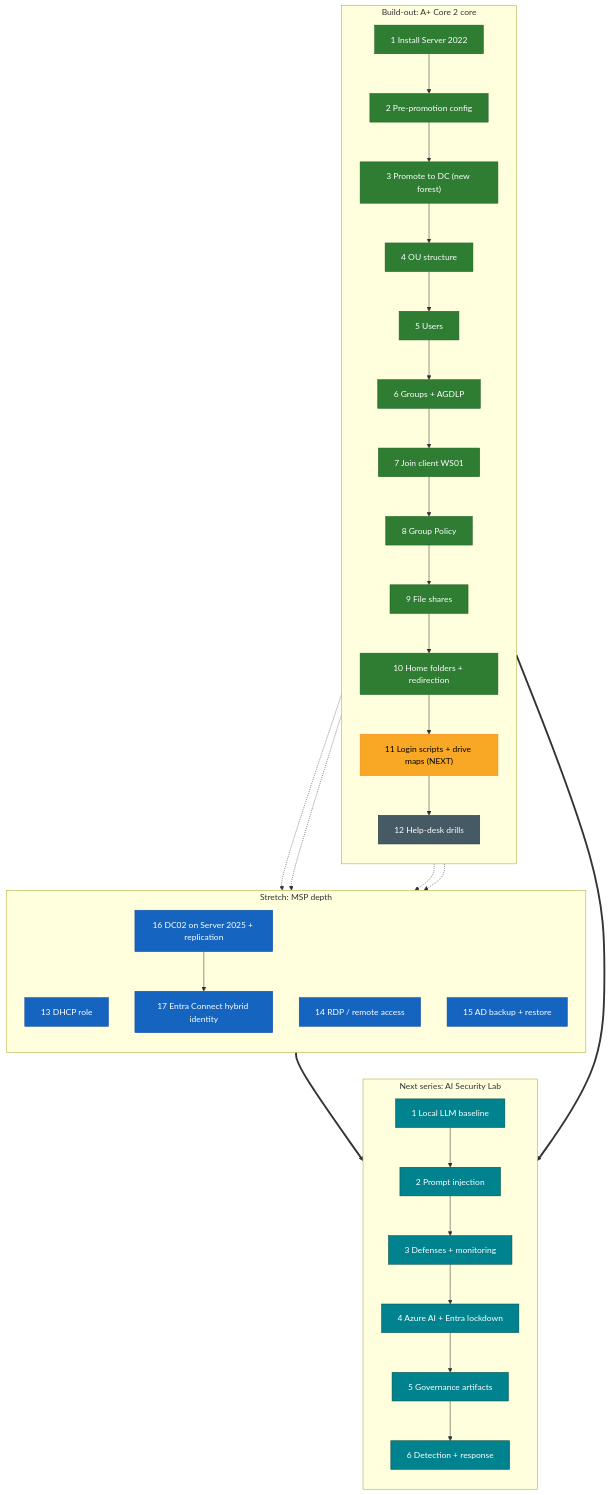
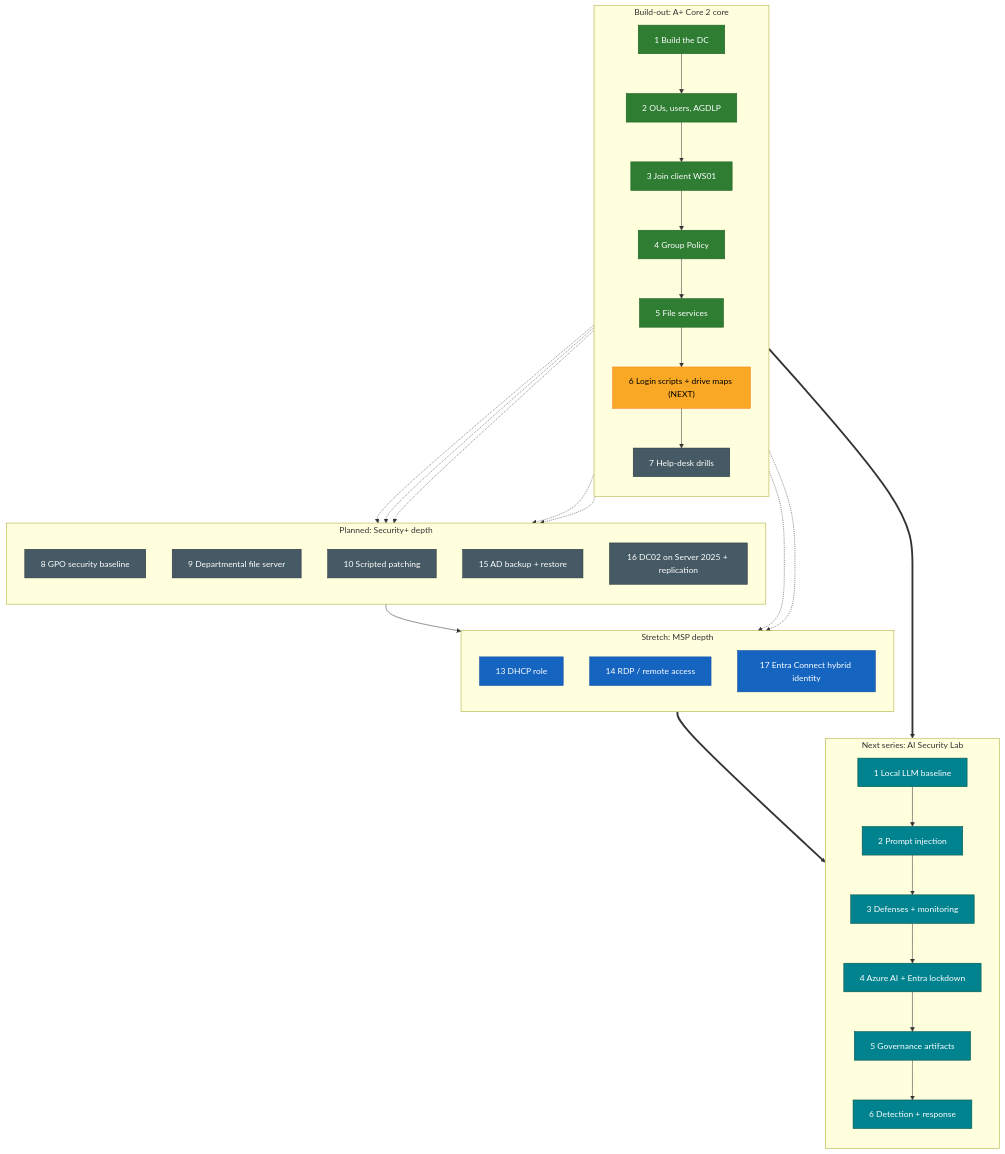
Before and after one commit to chweaver/ad-lab-guide: the diagram in docs/lab-map.md, drawn with Mermaid. The commit also changed other lines of this file and 32 other files, not shown here.

First line of the commit message:
Condense 12 build-out stages into 7 phases, add planned track

````diff
--- a/docs/lab-map.md
+++ b/docs/lab-map.md
@@ -5,55 +5,60 @@
 ```mermaid
 flowchart TD
     classDef done fill:#2e7d32,stroke:#1b5e20,color:#fff
     classDef next fill:#f9a825,stroke:#f57f17,color:#000
     classDef planned fill:#455a64,stroke:#263238,color:#fff
     classDef stretch fill:#1565c0,stroke:#0d47a1,color:#fff
     classDef ai fill:#00838f,stroke:#004d40,color:#fff
 
     subgraph BUILD["Build-out: A+ Core 2 core"]
         direction TB
-        P1["1 Install Server 2022"] --> P2["2 Pre-promotion config"]
-        P2 --> P3["3 Promote to DC (new forest)"]
-        P3 --> P4["4 OU structure"]
-        P4 --> P5["5 Users"]
-        P5 --> P6["6 Groups + AGDLP"]
-        P6 --> P7["7 Join client WS01"]
-        P7 --> P8["8 Group Policy"]
-        P8 --> P9["9 File shares"]
-        P9 --> P10["10 Home folders + redirection"]
-        P10 --> P11["11 Login scripts + drive maps (NEXT)"]
-        P11 --> P12["12 Help-desk drills"]
+        P1["1 Build the DC"] --> P2["2 OUs, users, AGDLP"]
+        P2 --> P3["3 Join client WS01"]
+        P3 --> P4["4 Group Policy"]
+        P4 --> P5["5 File services"]
+        P5 --> P6["6 Login scripts + drive maps (NEXT)"]
+        P6 --> P7["7 Help-desk drills"]
+    end
+
+    subgraph PLANNED["Planned: Security+ depth"]
+        direction TB
+        P8["8 GPO security baseline"]
+        P9["9 Departmental file server"]
+        P10["10 Scripted patching"]
+        P15["15 AD backup + restore"]
+        P16["16 DC02 on Server 2025 + replication"]
     end
 
     subgraph STRETCH["Stretch: MSP depth"]
         direction TB
         P13["13 DHCP role"]
         P14["14 RDP / remote access"]
-        P15["15 AD backup + restore"]
-        P16["16 DC02 on Server 2025 + replication"]
         P17["17 Entra Connect hybrid identity"]
-        P16 --> P17
     end
 
     subgraph AISEC["Next series: AI Security Lab"]
         direction TB
         A1["1 Local LLM baseline"] --> A2["2 Prompt injection"]
         A2 --> A3["3 Defenses + monitoring"]
         A3 --> A4["4 Azure AI + Entra lockdown"]
         A4 --> A5["5 Governance artifacts"]
         A5 --> A6["6 Detection + response"]
     end
 
-    P8 -.-> P13
-    P8 -.-> P14
-    P3 -.-> P15
-    P8 -.-> P16
-    P12 ==> A1
+    P4 -.-> P8
+    P5 -.-> P9
+    P5 -.-> P10
+    P7 -.-> P15
+    P4 -.-> P16
+    P4 -.-> P13
+    P4 -.-> P14
+    P16 --> P17
+    P7 ==> A1
     P17 ==> A4
 
-    class P1,P2,P3,P4,P5,P6,P7,P8,P9,P10 done
-    class P11 next
-    class P12 planned
-    class P13,P14,P15,P16,P17 stretch
+    class P1,P2,P3,P4,P5 done
+    class P6 next
+    class P7,P8,P9,P10,P15,P16 planned
+    class P13,P14,P17 stretch
     class A1,A2,A3,A4,A5,A6 ai
 ```
````
